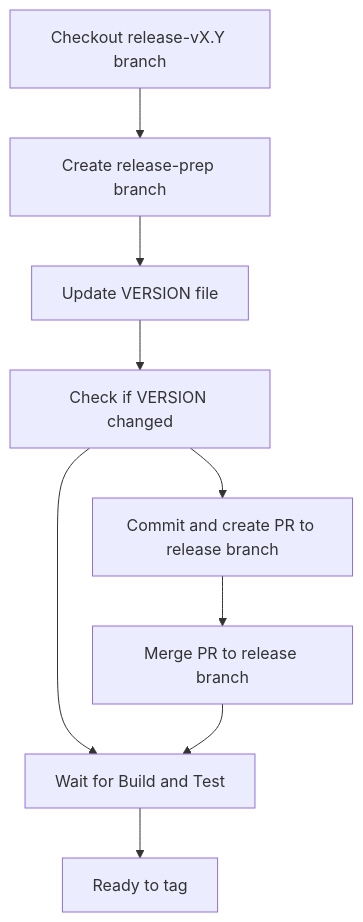
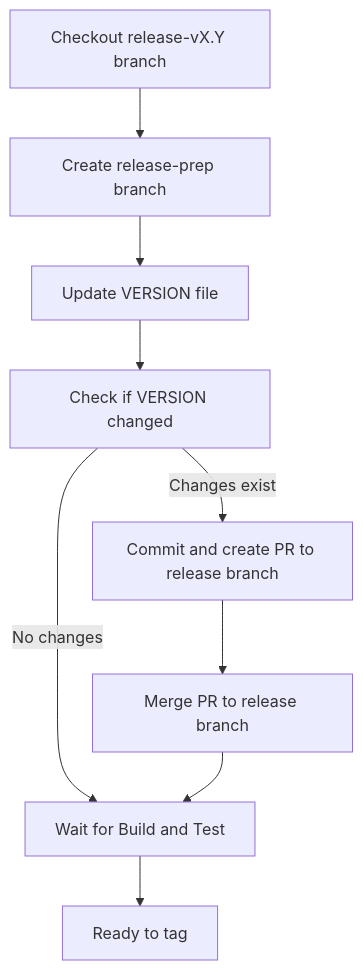
One commit to openchoreo/openchoreo changed the third of 4 diagrams in docs/deepwiki/Release-Process.md. Above: the diagram before and after it, drawn with Mermaid. The commit also changed other lines of this file and 85 other files, not shown here.

Commit message:
feat: Add new workflow and specification templates, update Helm chart dependencies, and clarify documentation diagrams.

````diff
--- a/docs/deepwiki/Release-Process.md
+++ b/docs/deepwiki/Release-Process.md
@@ -184,21 +184,21 @@
 ```mermaid
 flowchart TD
 
 CheckoutRelease["Checkout release-vX.Y branch"]
 CreatePrepBranch["Create release-prep branch"]
 UpdateVersion["Update VERSION file"]
 CheckChanges["Check if VERSION changed"]
 CommitPR["Commit and create PR to release branch"]
 WaitCI["Wait for Build and Test"]
 MergePR["Merge PR to release branch"]
 Ready["Ready to tag"]
 
 CheckoutRelease --> CreatePrepBranch
 CreatePrepBranch --> UpdateVersion
 UpdateVersion --> CheckChanges
-CheckChanges --> CommitPR
-CheckChanges --> WaitCI
+CheckChanges -->|"Changes exist"| CommitPR
+CheckChanges -->|"No changes"| WaitCI
 CommitPR --> MergePR
 MergePR --> WaitCI
 WaitCI --> Ready
 ```
````
